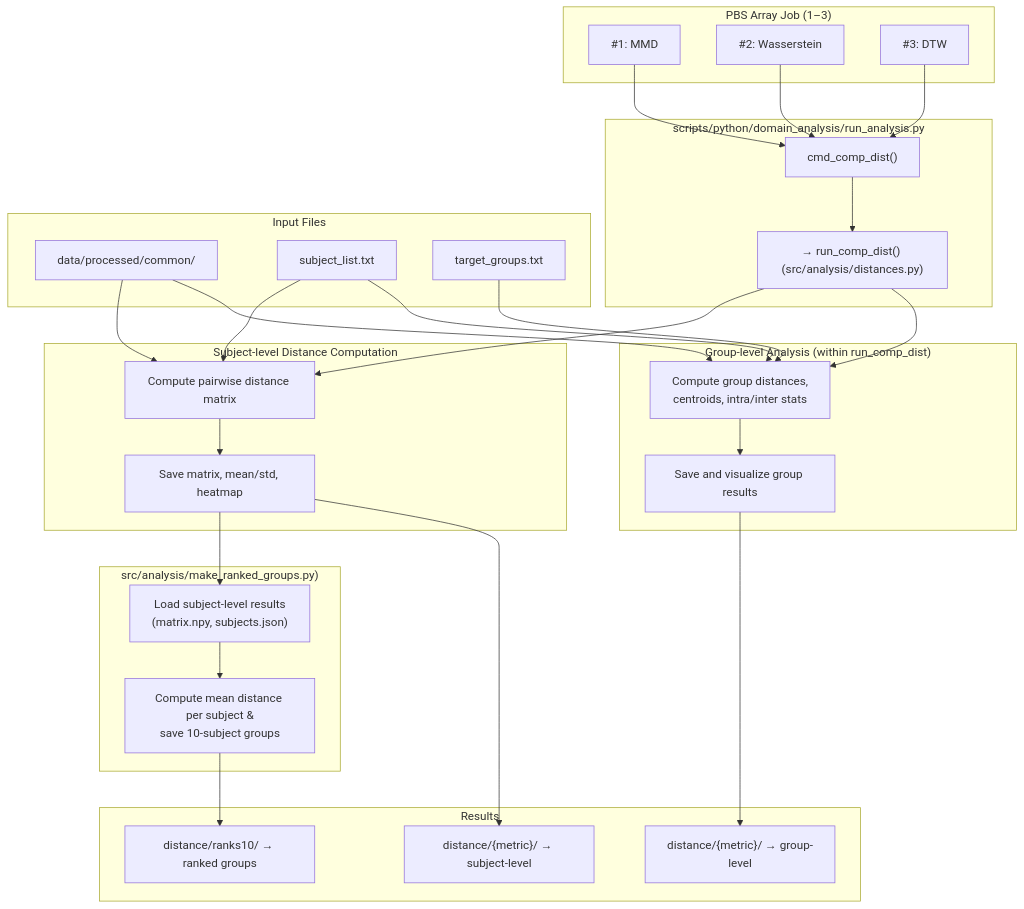
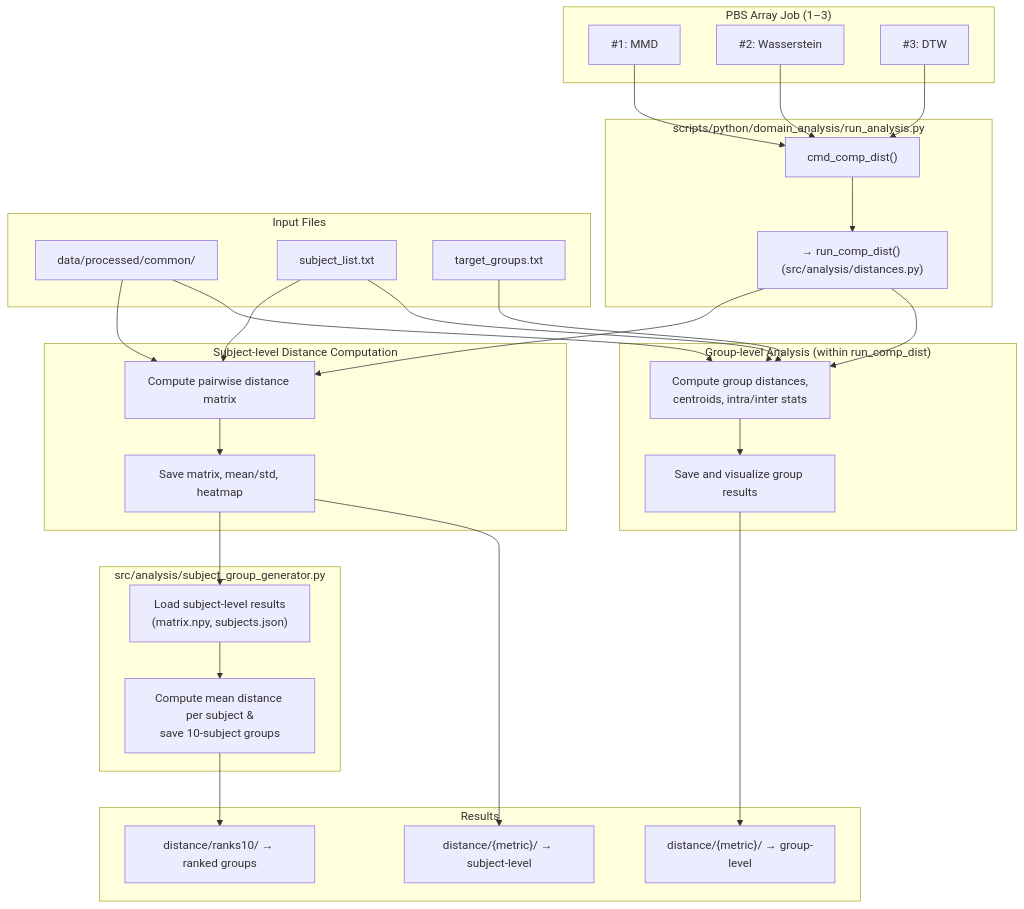
Before and after one commit to YutaroNakagama/vehicle_based_DDD_comparison: the fifth of 7 diagrams in docs/source/guide/developer_guide.md, drawn with Mermaid. The commit also changed other lines of this file and 7 other files, not shown here.

````diff
--- a/docs/source/guide/developer_guide.md
+++ b/docs/source/guide/developer_guide.md
@@ -241,52 +241,52 @@
 ```mermaid
 flowchart TB
 
 subgraph PBS["PBS Array Job (1–3)"]
   A1["#1: MMD"]
   A2["#2: Wasserstein"]
   A3["#3: DTW"]
 end
 
 subgraph CLI["scripts/python/domain_analysis/run_analysis.py"]
   B1["cmd_comp_dist()"]
   B2["→ run_comp_dist() (src/analysis/distances.py)"]
 end
 
 subgraph Input["Input Files"]
   C1["data/processed/common/"]
   C2["subject_list.txt"]
   C3["target_groups.txt"]
 end
 
 subgraph Stage1["Subject-level Distance Computation"]
   D1["Compute pairwise distance matrix"]
   D2["Save matrix, mean/std, heatmap"]
 end
 
 subgraph Stage2["Group-level Analysis (within run_comp_dist)"]
   E2["Compute group distances,<br/>centroids, intra/inter stats"]
   E3["Save and visualize group results"]
 end
 
-subgraph Stage3["src/analysis/make_ranked_groups.py)"]
+subgraph Stage3["src/analysis/subject_group_generator.py"]
   F2["Load subject-level results<br/>(matrix.npy, subjects.json)"]
   F3["Compute mean distance per subject &<br/>save 10-subject groups"]
 end
 
 subgraph Output["Results"]
   G1["distance/{metric}/ → subject-level"]
   G2["distance/{metric}/ → group-level"]
   G3["distance/ranks10/ → ranked groups"]
 end
 
 A1 & A2 & A3 --> B1 --> B2
 B2 --> D1 & E2
 C1 & C2 --> D1 --> D2
 C1 & C2 & C3 --> E2 --> E3
 D2 --> F2
 F2 --> F3
 D2 --> G1
 E3 --> G2
 F3 --> G3
 
 ```
````
